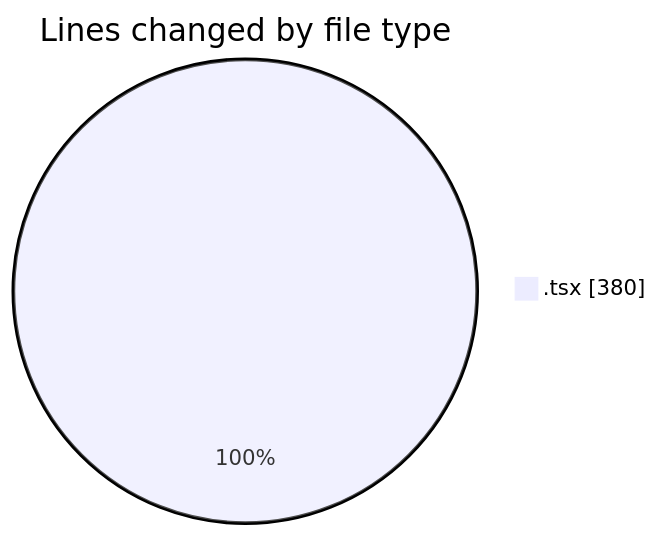
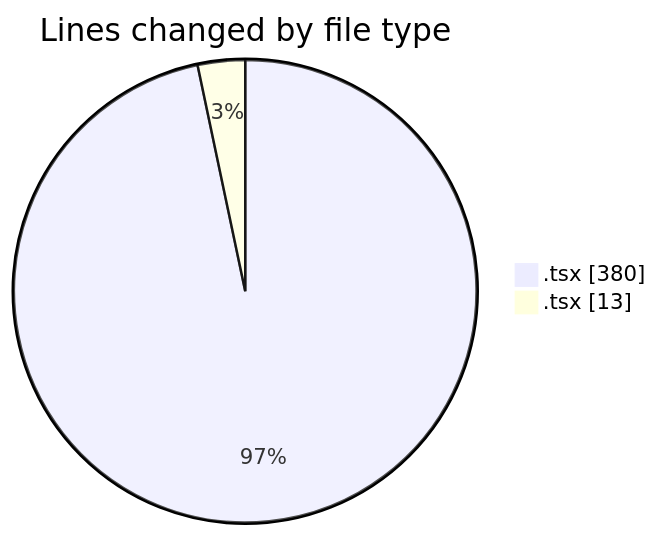
The first of 2 diagrams in 2025-02-06/mbc-web/README.md (robertbonfada/code-tracking), drawn with Mermaid before and after one commit. The commit also changed other lines of this file and 1 other file, not shown here.

````diff
--- a/2025-02-06/mbc-web/README.md
+++ b/2025-02-06/mbc-web/README.md
@@ -20,5 +21,6 @@
 ```mermaid
 pie showData
 title Lines changed by file type
 ".tsx " : 380
+".tsx" : 13
 ```
````
